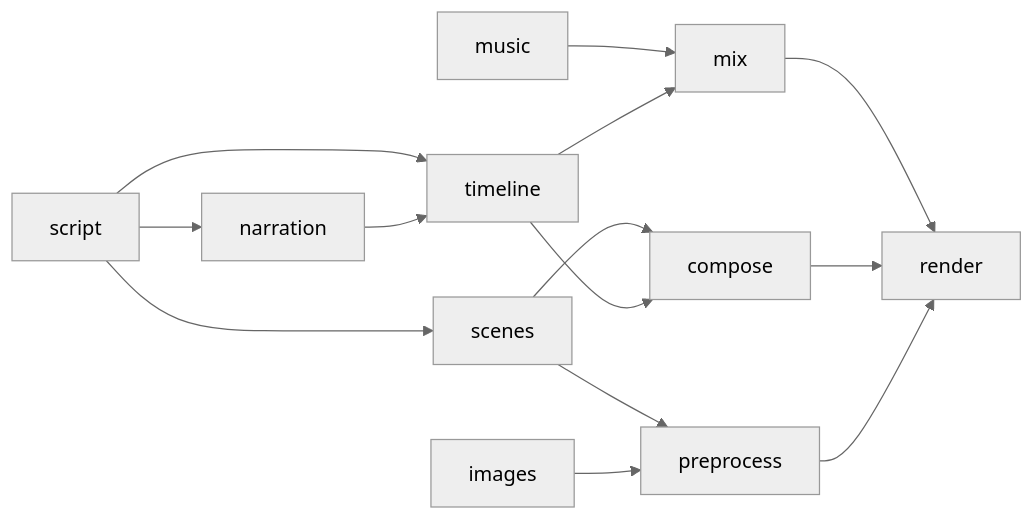
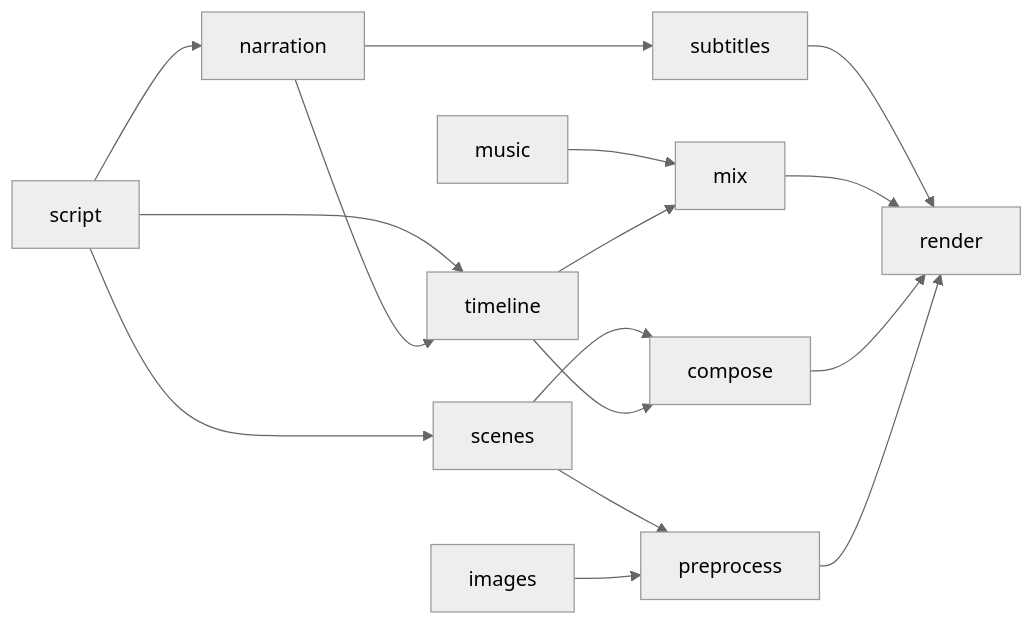
One commit to PiresDBA/videomaker changed the second of 9 diagrams in MANUAL_GRAFOS.md. Above: the diagram before and after it, drawn with Mermaid (neutral theme). The commit also changed other lines of this file and 10 other files, not shown here.

````diff
--- a/MANUAL_GRAFOS.md
+++ b/MANUAL_GRAFOS.md
@@ -448,16 +450,18 @@
 ```mermaid
 flowchart LR
     script --> scenes
     script --> narration
     script --> timeline
     scenes --> preprocess
     scenes --> compose
     images --> preprocess
     music --> mix
     narration --> timeline
+    narration --> subtitles
+    subtitles --> render
     timeline --> mix
     timeline --> compose
     mix --> render
     compose --> render
     preprocess --> render
 ```
````
